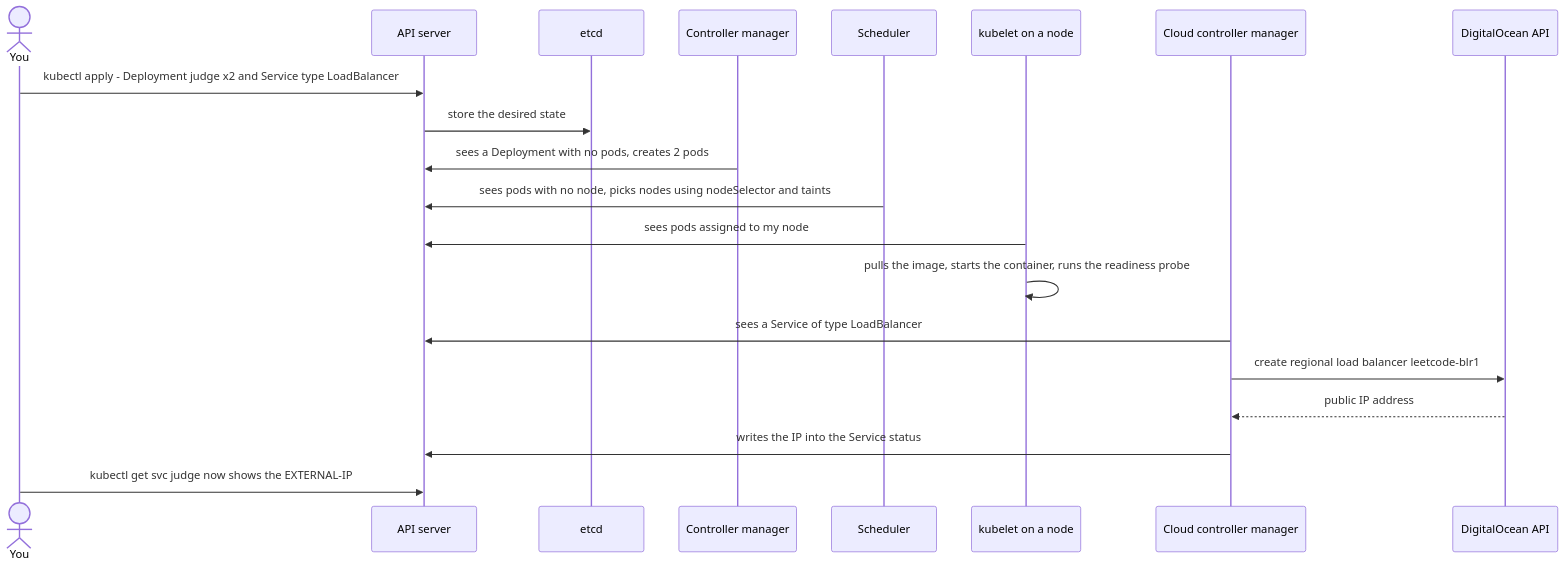
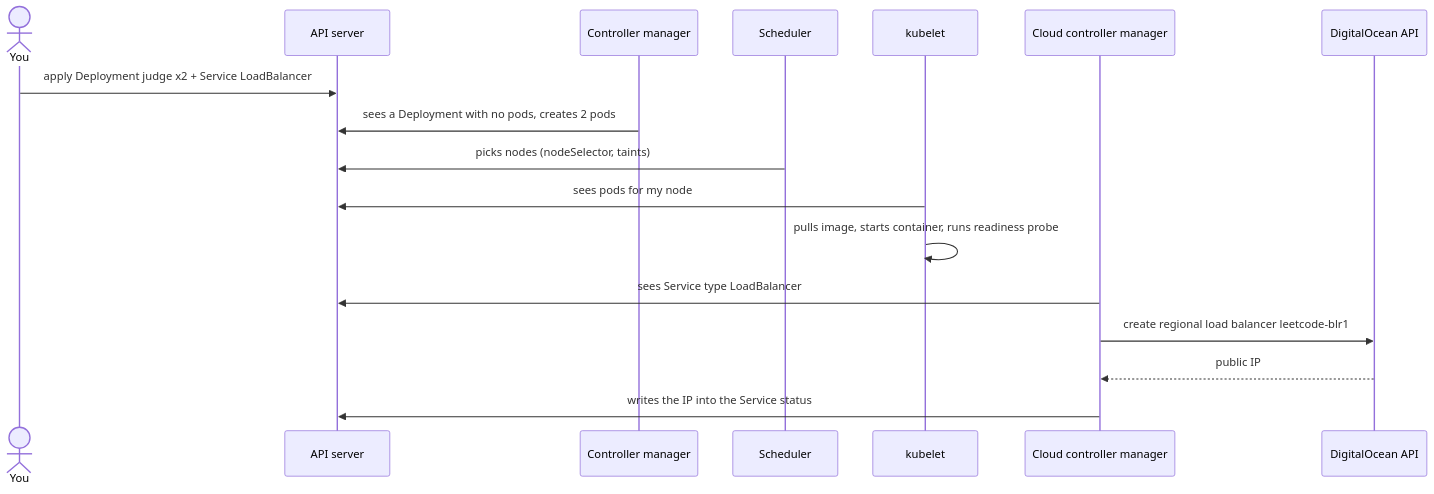
Before and after one commit to ShivanshKumar760/devops_v2: the fourth of 6 diagrams in leepcodev2/GUIDE.md, drawn with Mermaid. The commit also changed other lines of this file and 11 other files, not shown here.

````diff
--- a/leepcodev2/GUIDE.md
+++ b/leepcodev2/GUIDE.md
@@ -419,23 +245,20 @@
 ```mermaid
 sequenceDiagram
     actor You
     participant API as API server
-    participant Etcd as etcd
     participant Ctl as Controller manager
     participant Sch as Scheduler
-    participant Kub as kubelet on a node
+    participant Kub as kubelet
     participant CCM as Cloud controller manager
     participant DO as DigitalOcean API
 
-    You->>API: kubectl apply - Deployment judge x2 and Service type LoadBalancer
-    API->>Etcd: store the desired state
+    You->>API: apply Deployment judge x2 + Service LoadBalancer
     Ctl->>API: sees a Deployment with no pods, creates 2 pods
-    Sch->>API: sees pods with no node, picks nodes using nodeSelector and taints
-    Kub->>API: sees pods assigned to my node
-    Kub->>Kub: pulls the image, starts the container, runs the readiness probe
-    CCM->>API: sees a Service of type LoadBalancer
+    Sch->>API: picks nodes (nodeSelector, taints)
+    Kub->>API: sees pods for my node
+    Kub->>Kub: pulls image, starts container, runs readiness probe
+    CCM->>API: sees Service type LoadBalancer
     CCM->>DO: create regional load balancer leetcode-blr1
-    DO-->>CCM: public IP address
+    DO-->>CCM: public IP
     CCM->>API: writes the IP into the Service status
-    You->>API: kubectl get svc judge now shows the EXTERNAL-IP
 ```
````
